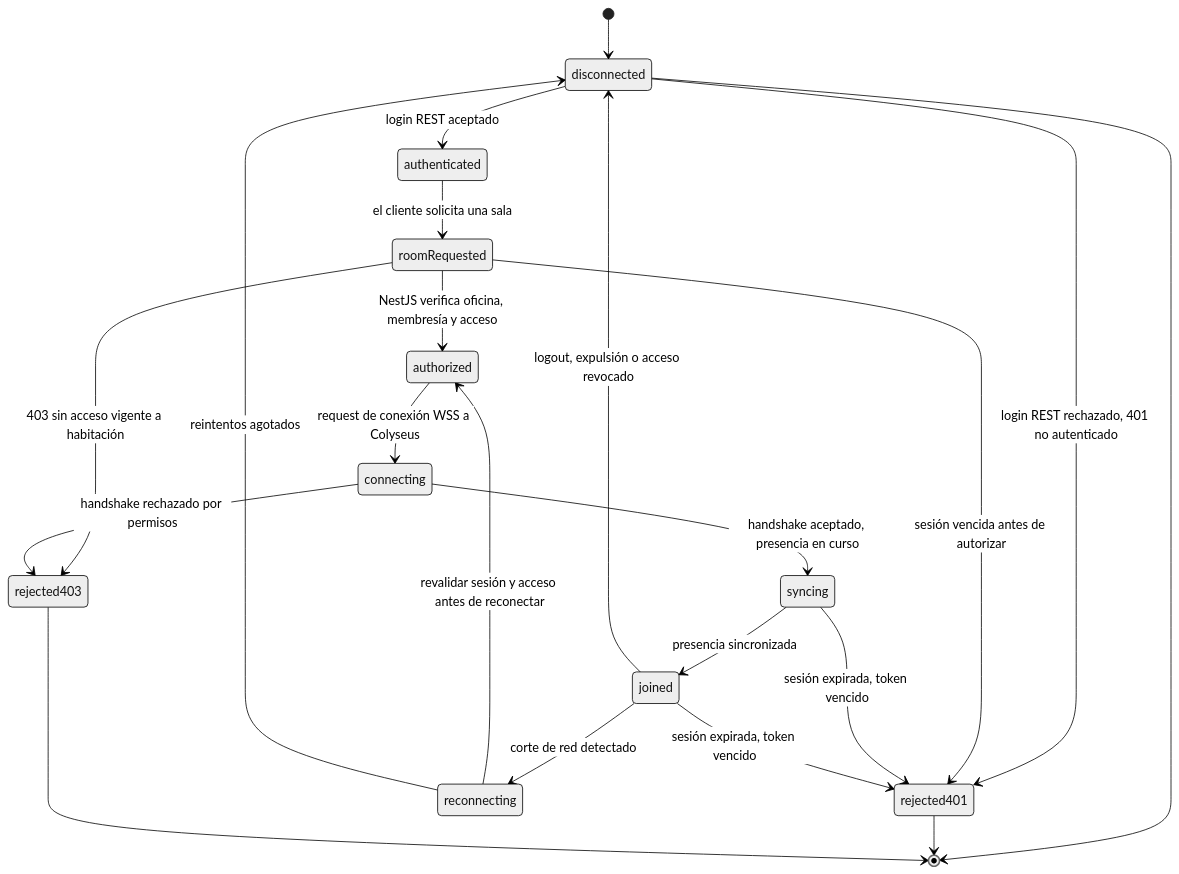
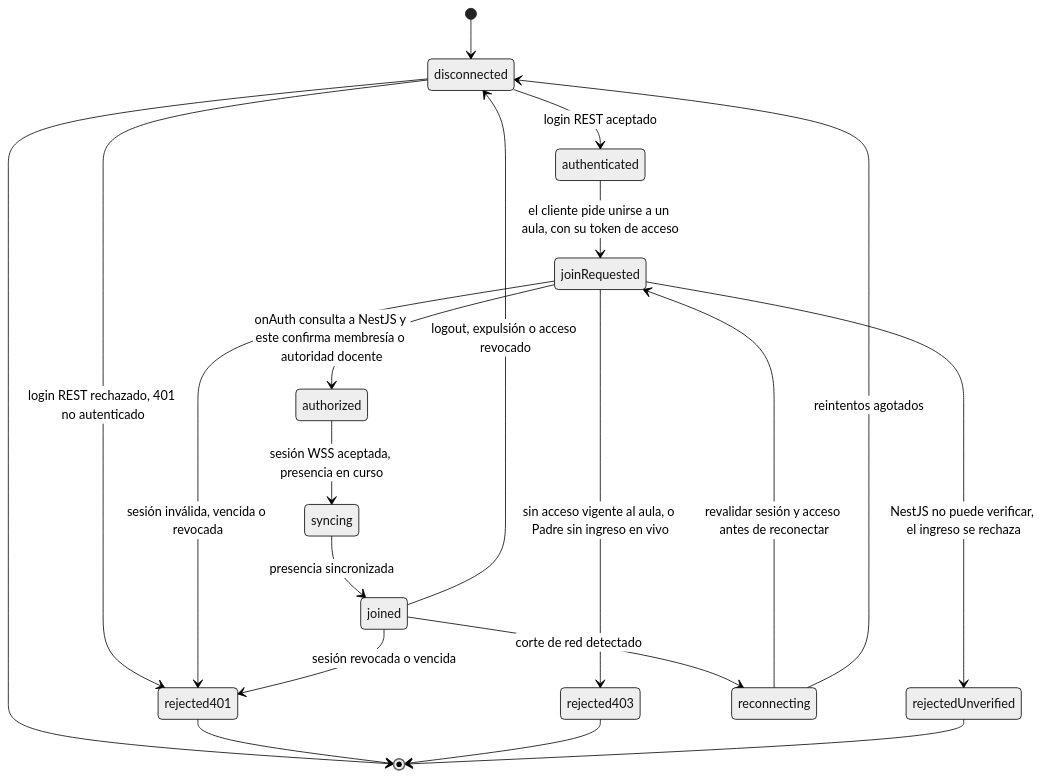
Before and after one commit to Agustin742/integratec-final-back: the first of 2 diagrams in docs/diagrams/02-system-architecture/realtime-colyseus.md, drawn with Mermaid (neutral theme). The commit also changed other lines of this file and 7 other files, not shown here.

Commit message:
docs(diagrams): realign architecture and reference diagrams with the school niche model

````diff
--- a/docs/diagrams/02-system-architecture/realtime-colyseus.md
+++ b/docs/diagrams/02-system-architecture/realtime-colyseus.md
@@ -27,23 +28,22 @@
 ```mermaid
 stateDiagram-v2
     [*] --> disconnected
     disconnected --> authenticated: login REST aceptado
     disconnected --> rejected401: login REST rechazado, 401 no autenticado
-    authenticated --> roomRequested: el cliente solicita una sala
-    roomRequested --> authorized: NestJS verifica oficina, membresía y acceso
-    roomRequested --> rejected403: 403 sin acceso vigente a habitación
-    roomRequested --> rejected401: sesión vencida antes de autorizar
-    authorized --> connecting: request de conexión WSS a Colyseus
-    connecting --> syncing: handshake aceptado, presencia en curso
-    connecting --> rejected403: handshake rechazado por permisos
+    authenticated --> joinRequested: el cliente pide unirse a un aula, con su token de acceso
+    joinRequested --> authorized: onAuth consulta a NestJS y este confirma membresía o autoridad docente
+    joinRequested --> rejected403: sin acceso vigente al aula, o Padre sin ingreso en vivo
+    joinRequested --> rejected401: sesión inválida, vencida o revocada
+    joinRequested --> rejectedUnverified: NestJS no puede verificar, el ingreso se rechaza
+    authorized --> syncing: sesión WSS aceptada, presencia en curso
     syncing --> joined: presencia sincronizada
     joined --> reconnecting: corte de red detectado
-    reconnecting --> authorized: revalidar sesión y acceso antes de reconectar
+    reconnecting --> joinRequested: revalidar sesión y acceso antes de reconectar
     reconnecting --> disconnected: reintentos agotados
     joined --> disconnected: logout, expulsión o acceso revocado
-    syncing --> rejected401: sesión expirada, token vencido
-    joined --> rejected401: sesión expirada, token vencido
+    joined --> rejected401: sesión revocada o vencida
     disconnected --> [*]
     rejected401 --> [*]
     rejected403 --> [*]
+    rejectedUnverified --> [*]
 ```
````
